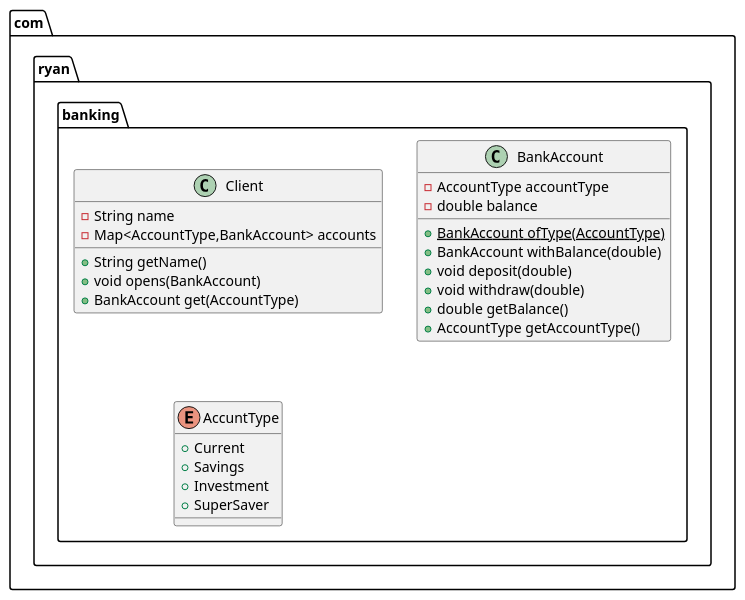
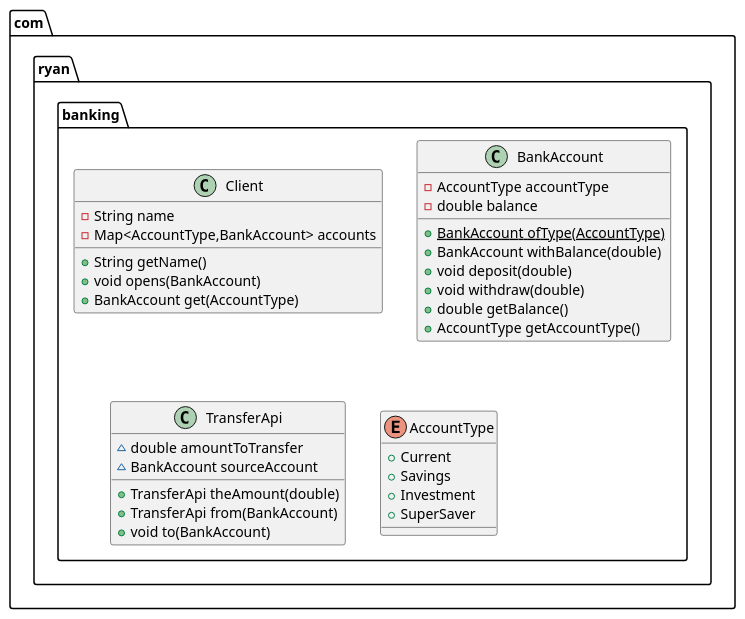
Before and after one commit to ryanGTR/LearnSoftArchitecture: the diagram in banking/banking.puml, drawn with PlantUML. The commit also changed 3 other files, not shown here.

```diff
--- a/banking/banking.puml
+++ b/banking/banking.puml
@@ -1,25 +1,32 @@
 @startuml
 class com.ryan.banking.Client {
 - String name
 - Map<AccountType,BankAccount> accounts
 + String getName()
 + void opens(BankAccount)
 + BankAccount get(AccountType)
 }
 class com.ryan.banking.BankAccount {
 - AccountType accountType
 - double balance
 + {static} BankAccount ofType(AccountType)
 + BankAccount withBalance(double)
 + void deposit(double)
 + void withdraw(double)
 + double getBalance()
 + AccountType getAccountType()
 }
-enum com.ryan.banking.AccuntType {
+class com.ryan.banking.TransferApi {
+~ double amountToTransfer
+~ BankAccount sourceAccount
++ TransferApi theAmount(double)
++ TransferApi from(BankAccount)
++ void to(BankAccount)
+}
+enum com.ryan.banking.AccountType {
 +  Current
 +  Savings
 +  Investment
 +  SuperSaver
 }
 @enduml
```
